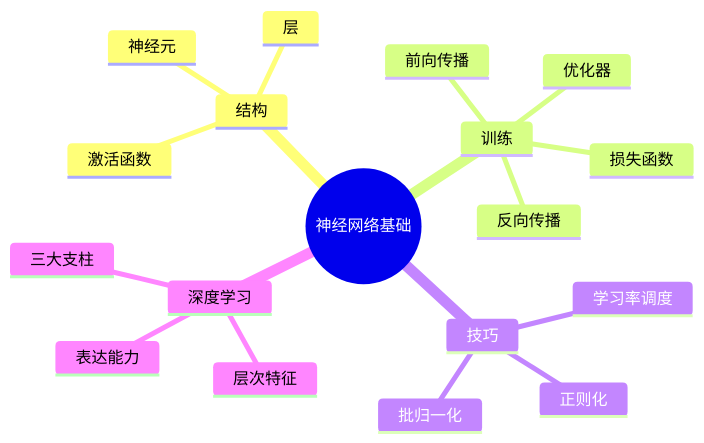
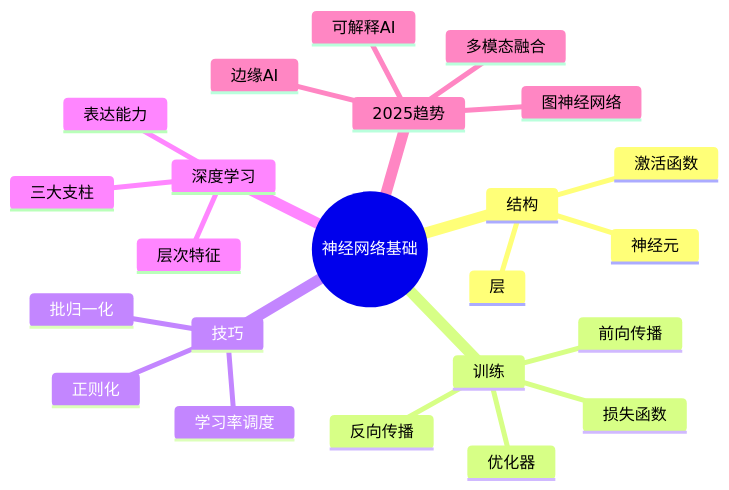
Diagram 11 of 11 in learning/website/docs/basics/01-neural-network-basics.md (Xunzhuo/mini-sglang), drawn with Mermaid before and after one commit. The commit also changed other lines of this file and 23 other files, not shown here.

````diff
--- a/learning/website/docs/basics/01-neural-network-basics.md
+++ b/learning/website/docs/basics/01-neural-network-basics.md
@@ -277,21 +364,26 @@
 ```mermaid
 mindmap
   root((神经网络基础))
     结构
       神经元
       层
       激活函数
     训练
       前向传播
       损失函数
       反向传播
       优化器
     技巧
       正则化
       学习率调度
       批归一化
     深度学习
       层次特征
       表达能力
       三大支柱
+    2025趋势
+      边缘AI
+      图神经网络
+      可解释AI
+      多模态融合
 ```
````
